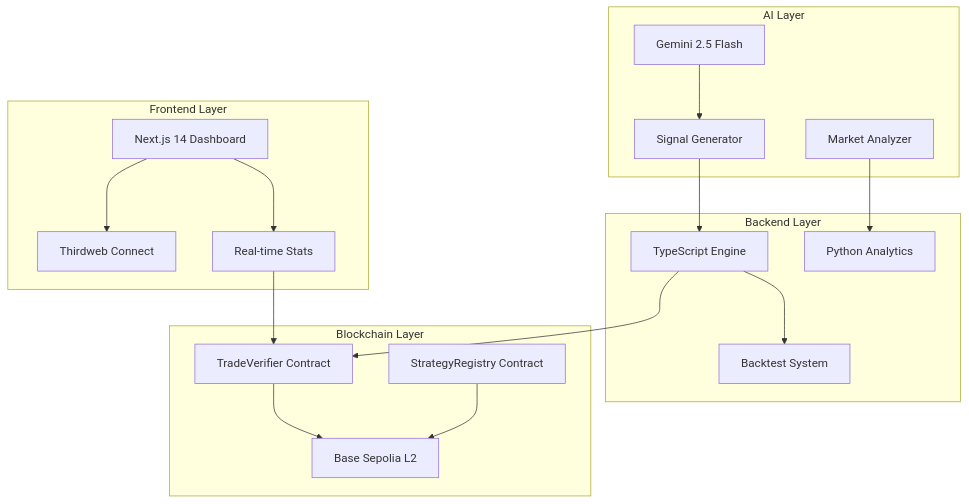
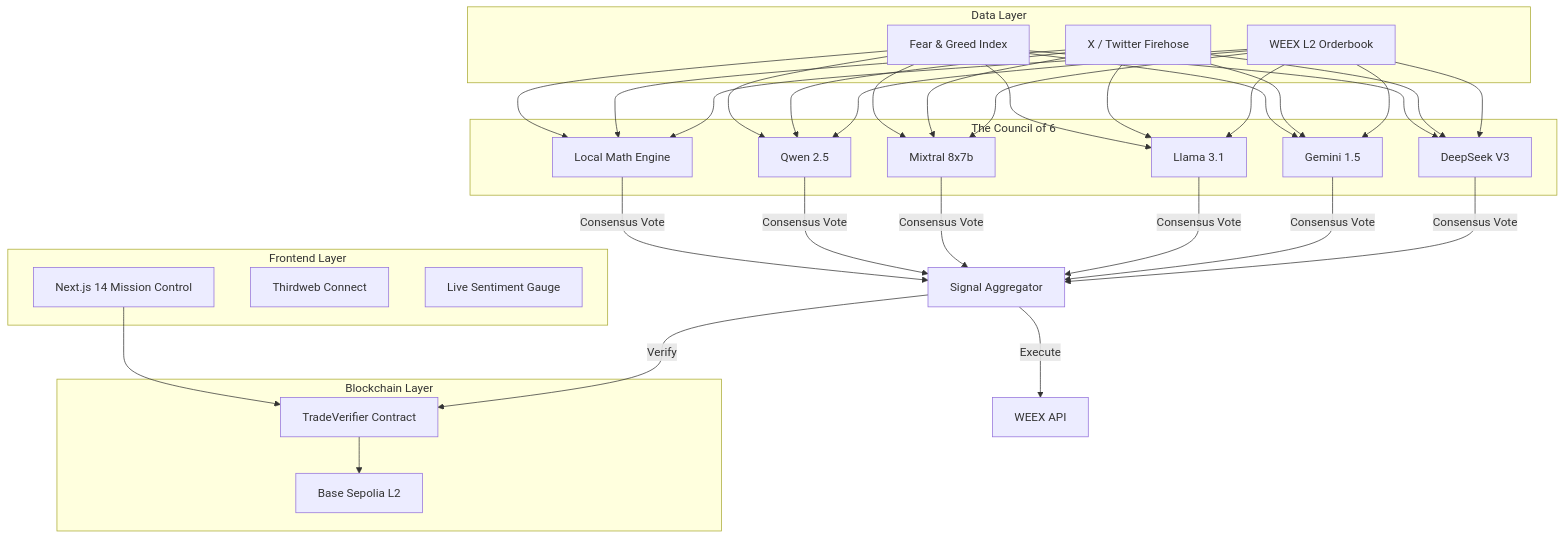
The diagram in README.md (Eras256/WeexAlphaHunter), drawn with Mermaid before and after one commit. The commit also changed other lines of this file and 65 other files, not shown here.

````diff
--- a/README.md
+++ b/README.md
@@ -87,37 +87,35 @@
 ```mermaid
 graph TB
     subgraph "Frontend Layer"
-        A[Next.js 14 Dashboard]
+        A[Next.js 14 Mission Control]
         B[Thirdweb Connect]
-        C[Real-time Stats]
+        C[Live Sentiment Gauge]
     end
     
-    subgraph "AI Layer"
-        D[Gemini 2.5 Flash]
-        E[Signal Generator]
-        F[Market Analyzer]
+    subgraph "The Council of 6"
+        D[DeepSeek V3]
+        E[Gemini 1.5]
+        F[Llama 3.1]
+        G[Mixtral 8x7b]
+        H[Qwen 2.5]
+        I[Local Math Engine]
     end
     
-    subgraph "Backend Layer"
-        G[TypeScript Engine]
-        H[Python Analytics]
-        I[Backtest System]
+    subgraph "Data Layer"
+        J[WEEX L2 Orderbook]
+        K[X / Twitter Firehose]
+        L[Fear & Greed Index]
     end
     
     subgraph "Blockchain Layer"
-        J[TradeVerifier Contract]
-        K[StrategyRegistry Contract]
-        L[Base Sepolia L2]
+        M[Base Sepolia L2]
+        N[TradeVerifier Contract]
     end
     
-    A --> B
-    A --> C
-    D --> E
-    E --> G
-    F --> H
-    G --> I
-    G --> J
-    J --> L
-    K --> L
-    C --> J
+    J & K & L --> D & E & F & G & H & I
+    D & E & F & G & H & I -->|Consensus Vote| O[Signal Aggregator]
+    O -->|Execute| P[WEEX API]
+    O -->|Verify| N
+    N --> M
+    A --> N
 ```
````
